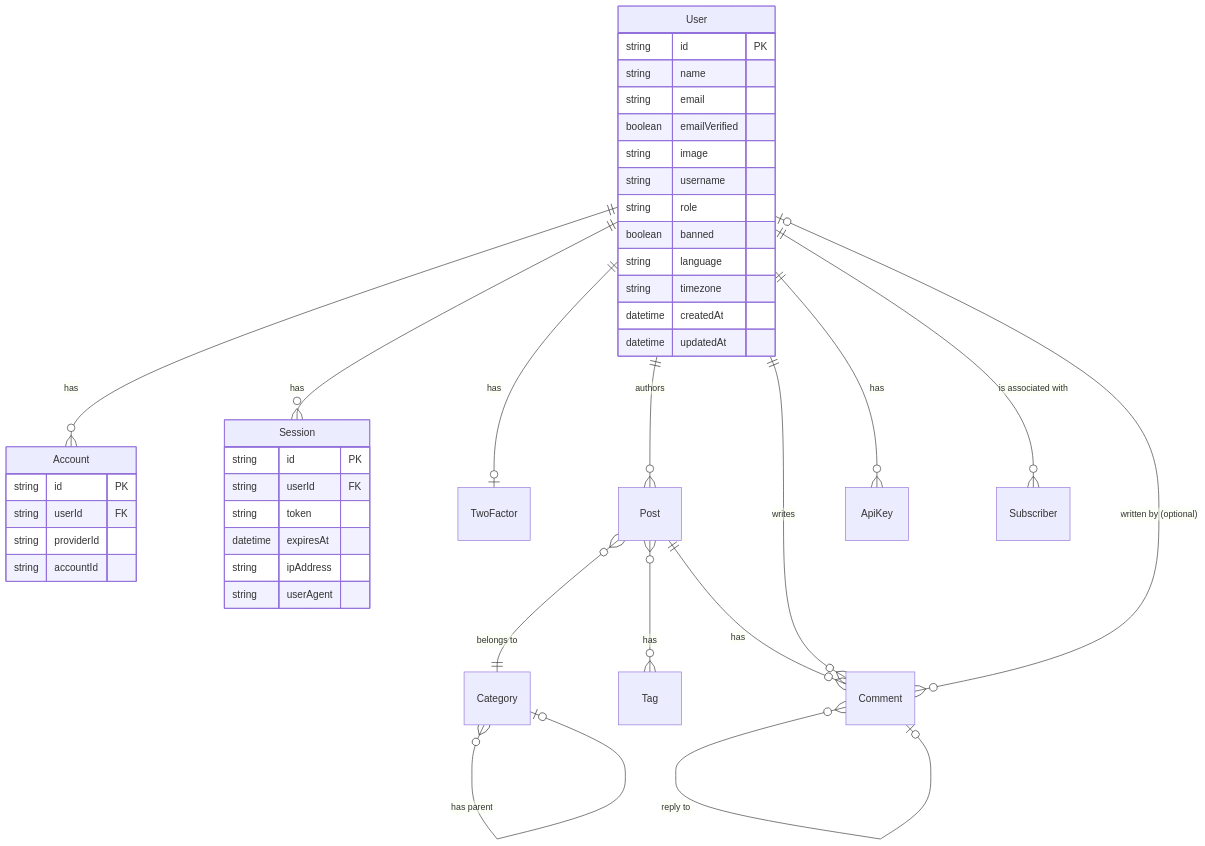
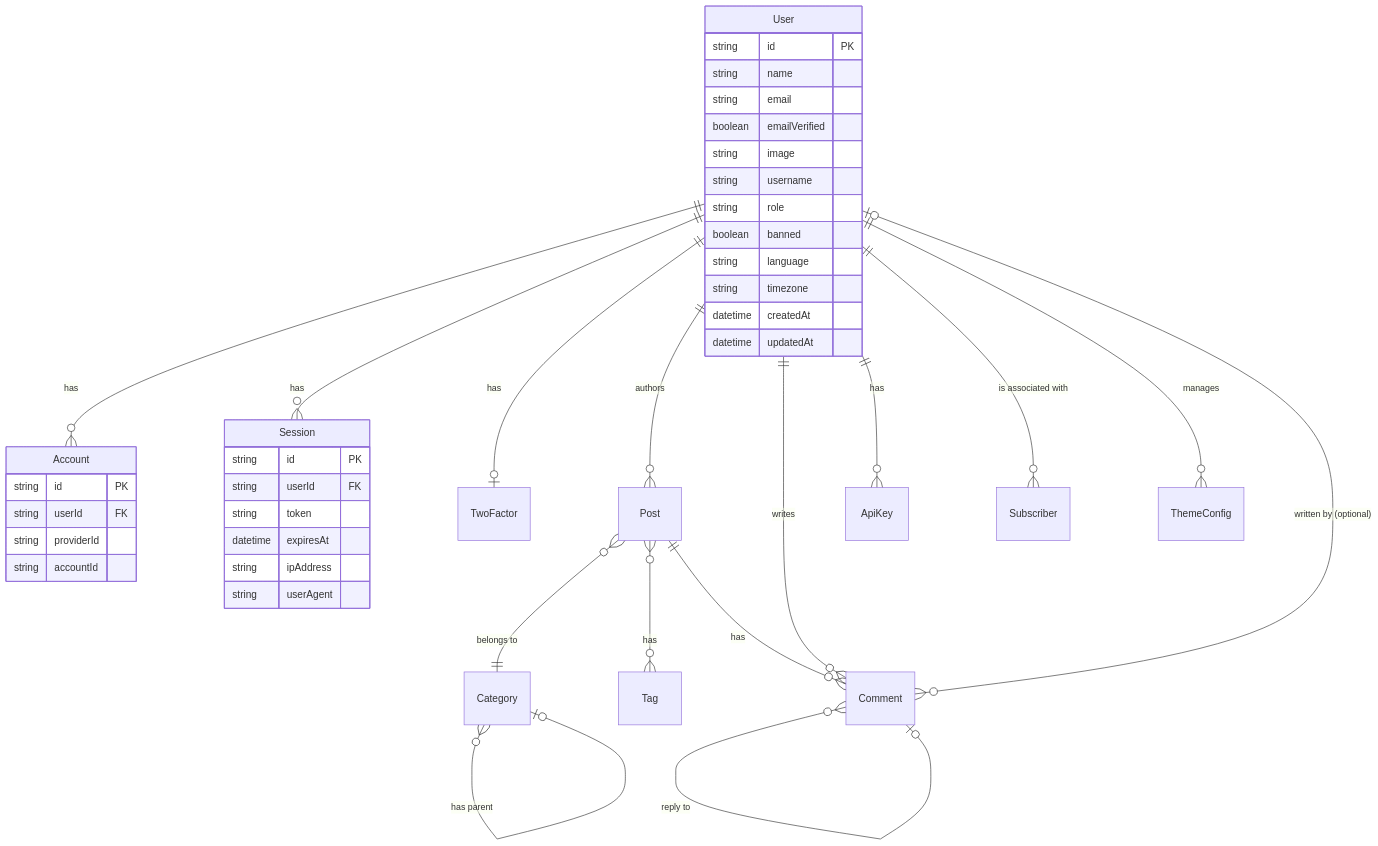
Before and after one commit to CaoMeiYouRen/momei: the diagram in docs/design/database.md, drawn with Mermaid. The commit also changed other lines of this file and 3 other files, not shown here.

````diff
--- a/docs/design/database.md
+++ b/docs/design/database.md
@@ -9,47 +9,48 @@
 ```mermaid
 erDiagram
     User ||--o{ Account : "has"
     User ||--o{ Session : "has"
     User ||--o| TwoFactor : "has"
     User ||--o{ Post : "authors"
     User ||--o{ Comment : "writes"
     User ||--o{ ApiKey : "has"
     User ||--o{ Subscriber : "is associated with"
     Post }o--|| Category : "belongs to"
     Post }o--o{ Tag : "has"
     Post ||--o{ Comment : "has"
     Comment }o--o| User : "written by (optional)"
     Comment }o--o| Comment : "reply to"
     Category }o--o| Category : "has parent"
+    User ||--o{ ThemeConfig : "manages"
 
     User {
         string id PK
         string name
         string email
         boolean emailVerified
         string image
         string username
         string role
         boolean banned
         string language
         string timezone
         datetime createdAt
         datetime updatedAt
     }
 
     Account {
         string id PK
         string userId FK
         string providerId
         string accountId
     }
 
     Session {
         string id PK
         string userId FK
         string token
         datetime expiresAt
         string ipAddress
         string userAgent
     }
 ```
````
